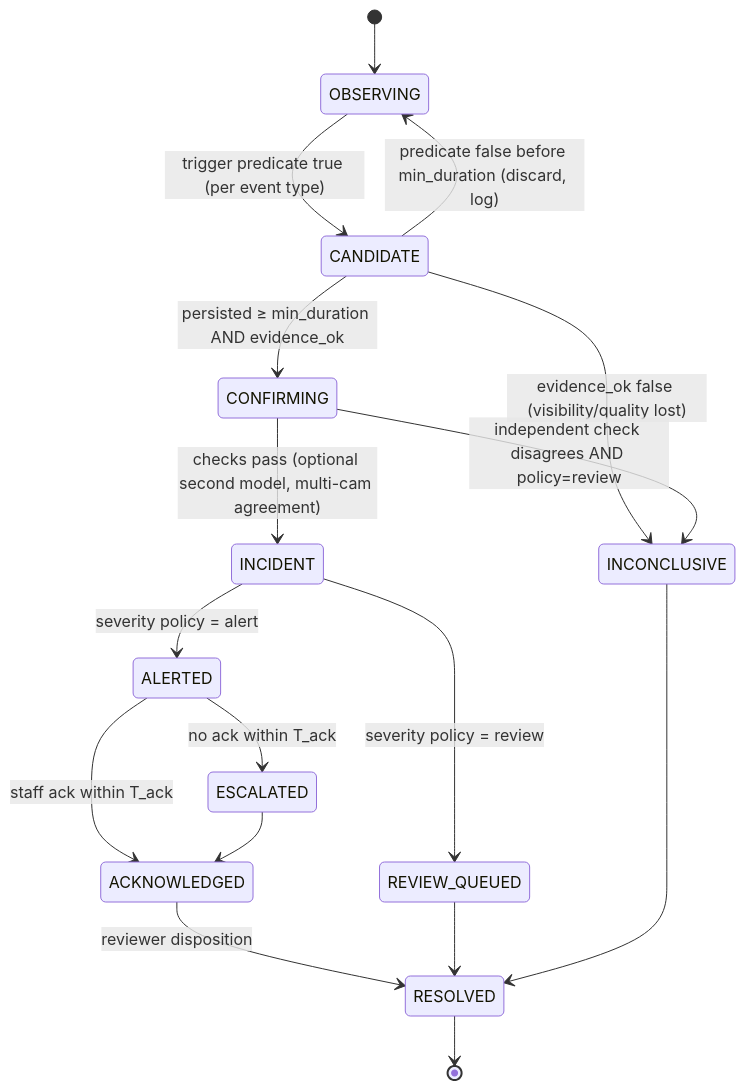
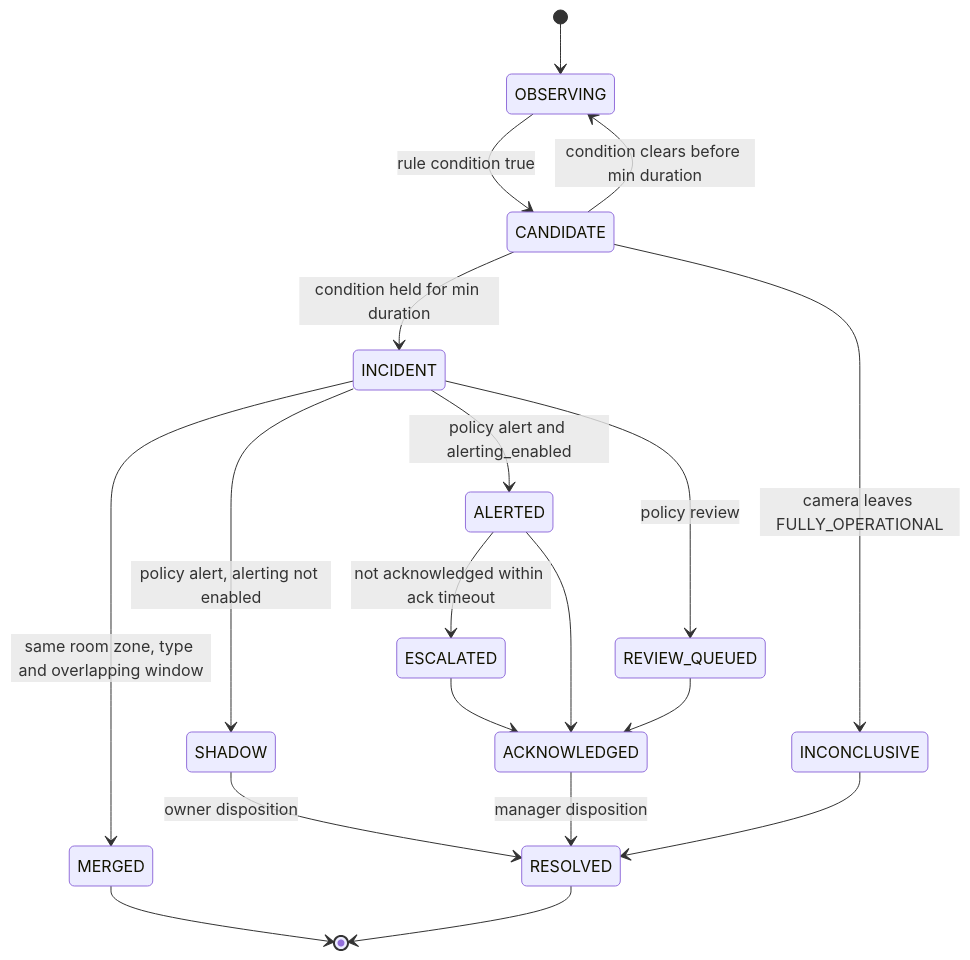
One commit to harsha7123/ai_camera changed the diagram in docs/architecture/diagrams/09-decision-engine-states.md. Above: the diagram before and after it, drawn with Mermaid. The commit also changed other lines of this file and 160 other files, not shown here.

````diff
--- a/docs/architecture/diagrams/09-decision-engine-states.md
+++ b/docs/architecture/diagrams/09-decision-engine-states.md
@@ -5,19 +5,21 @@
 ```mermaid
 stateDiagram-v2
   [*] --> OBSERVING
-  OBSERVING --> CANDIDATE: trigger predicate true (per event type)
-  CANDIDATE --> OBSERVING: predicate false before min_duration (discard, log)
-  CANDIDATE --> CONFIRMING: persisted ≥ min_duration AND evidence_ok
-  CANDIDATE --> INCONCLUSIVE: evidence_ok false (visibility/quality lost)
-  CONFIRMING --> INCONCLUSIVE: independent check disagrees AND policy=review
-  CONFIRMING --> INCIDENT: checks pass (optional second model, multi-cam agreement)
-  INCIDENT --> ALERTED: severity policy = alert
-  INCIDENT --> REVIEW_QUEUED: severity policy = review
-  ALERTED --> ACKNOWLEDGED: staff ack within T_ack
-  ALERTED --> ESCALATED: no ack within T_ack
+  OBSERVING --> CANDIDATE: rule condition true
+  CANDIDATE --> OBSERVING: condition clears before min duration
+  CANDIDATE --> INCONCLUSIVE: camera leaves FULLY_OPERATIONAL
+  CANDIDATE --> INCIDENT: condition held for min duration
+  INCIDENT --> MERGED: same room zone, type and overlapping window
+  INCIDENT --> ALERTED: policy alert and alerting_enabled
+  INCIDENT --> SHADOW: policy alert, alerting not enabled
+  INCIDENT --> REVIEW_QUEUED: policy review
+  ALERTED --> ESCALATED: not acknowledged within ack timeout
   ESCALATED --> ACKNOWLEDGED
-  ACKNOWLEDGED --> RESOLVED: reviewer disposition
-  REVIEW_QUEUED --> RESOLVED
+  ALERTED --> ACKNOWLEDGED
+  REVIEW_QUEUED --> ACKNOWLEDGED
+  SHADOW --> RESOLVED: owner disposition
+  ACKNOWLEDGED --> RESOLVED: manager disposition
   INCONCLUSIVE --> RESOLVED
+  MERGED --> [*]
   RESOLVED --> [*]
 ```
````
